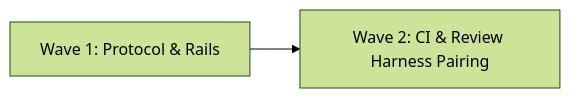
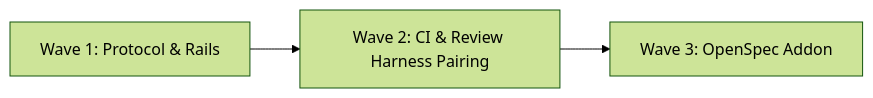
Before and after one commit to mgabs/SDTRD: the diagram in specs/ROADMAP.md, drawn with Mermaid (forest theme). The commit also changed other lines of this file, not shown here.

Commit message:
chore(roadmap): W3.1 OpenSpec integration review in research

````diff
--- a/specs/ROADMAP.md
+++ b/specs/ROADMAP.md
@@ -9,4 +9,4 @@
 ```mermaid
 flowchart LR
-    W1[Wave 1: Protocol & Rails] --> W2[Wave 2: CI & Review Harness Pairing]
+    W1[Wave 1: Protocol & Rails] --> W2[Wave 2: CI & Review Harness Pairing] --> W3[Wave 3: OpenSpec Addon]
 ```
````
